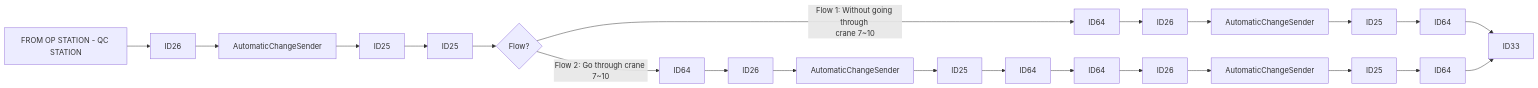
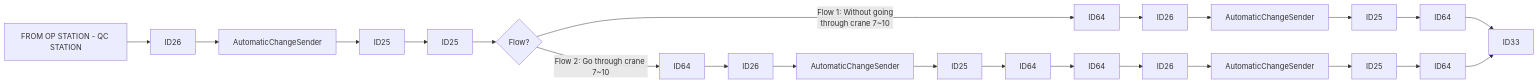
One commit to luthfiadityaa/SimeDarby-Wiki changed the first of 22 diagrams in Basic-Design/DFD-WMS/Storage/Unplanned-Storage/Unplanned-Storage-from-OP-Area.md. Above: the diagram before and after it, drawn with Mermaid.

Commit message:
Updated Unplanned Storage from OP Area

```diff
--- a/Basic-Design/DFD-WMS/Storage/Unplanned-Storage/Unplanned-Storage-from-OP-Area.md
+++ b/Basic-Design/DFD-WMS/Storage/Unplanned-Storage/Unplanned-Storage-from-OP-Area.md
@@ -9,14 +9,14 @@
 ::: mermaid
 flowchart LR
   
 P1[FROM OP STATION - QC STATION]-->P2[ID26]-->P3[AutomaticChangeSender]-->P4[ID25]-->P7[ID25]
 P7[ID25]-->Cond1{Flow?} 
-Cond1 --> |Flow 1: Without going through 
-crane 7~10| P8[ID64]
+Cond1 --> |Flow 1: Without going 
+through crane 7~10| P8[ID64]
 Cond1 --> |Flow 2: Go through crane 7~10| P9[ID64]
 P8[ID64]-->P10[ID26]-->P11[AutomaticChangeSender]-->P12[ID25]-->P13[ID64]
 P9[ID64]-->P15[ID26]-->P16[AutomaticChangeSender]-->P17[ID25]-->P18[ID64]-->P19[ID64]-->P20[ID26]-->P21[AutomaticChangeSender]-->P22[ID25]-->P23[ID64]
 
 P13[ID64]-->P14[ID33]
 P23[ID64]-->P14[ID33]
 :::
```
